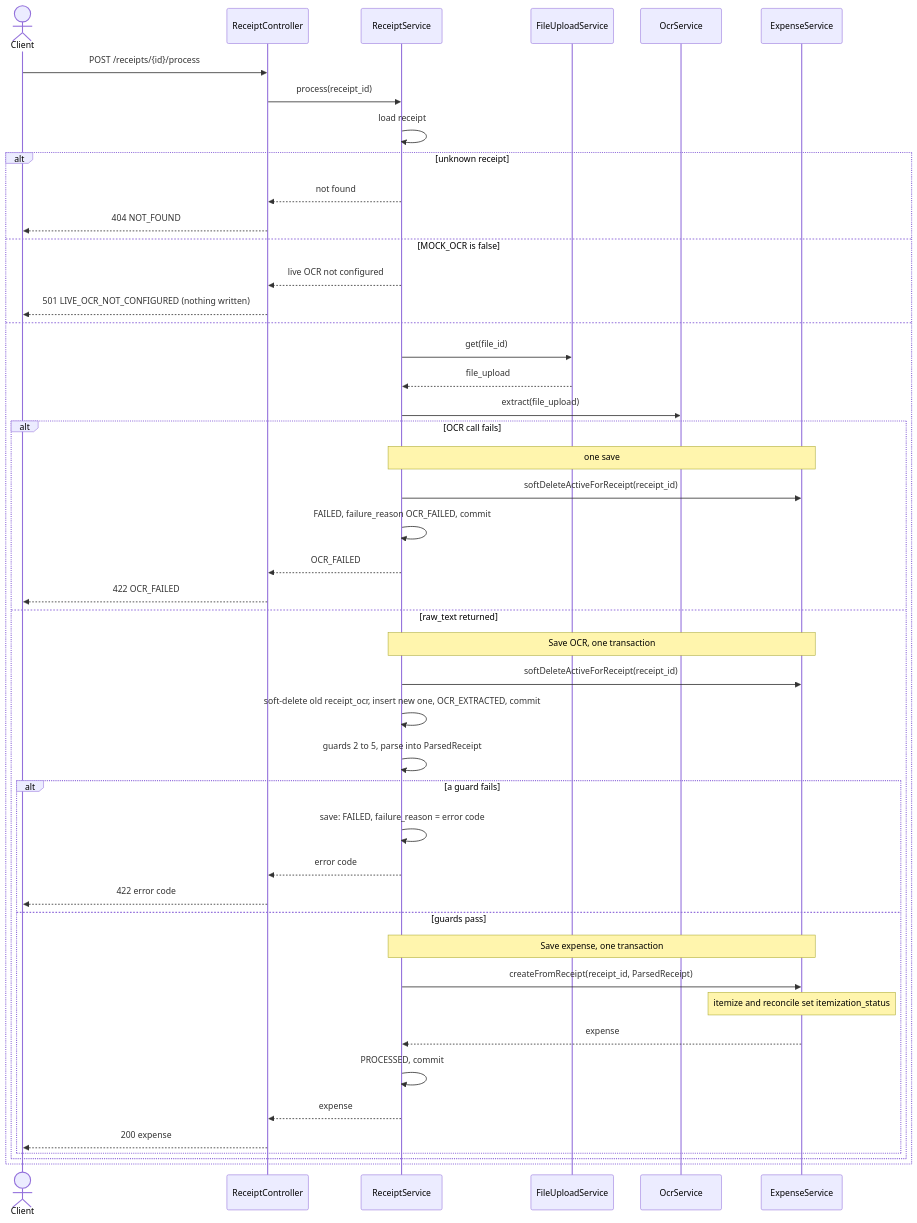
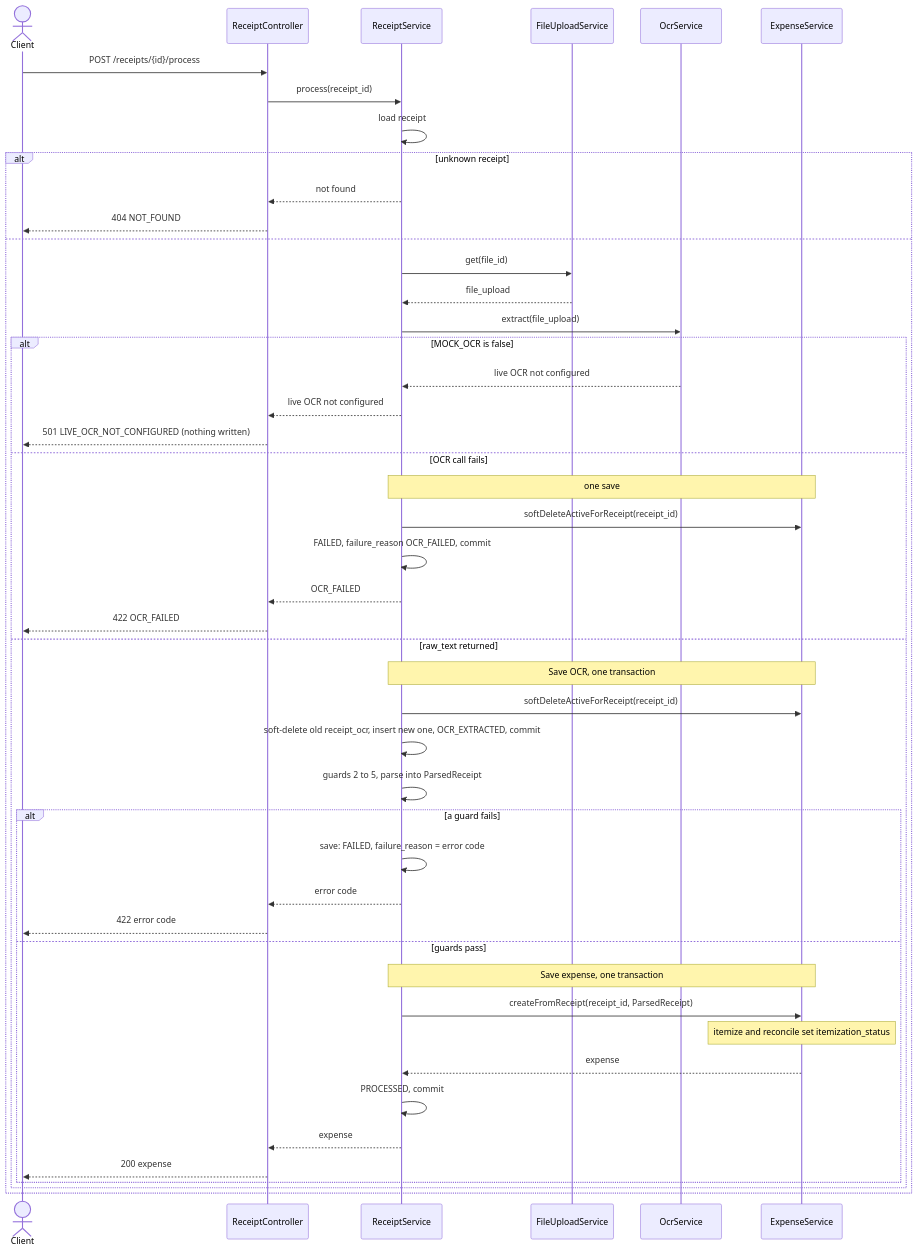
The fourth of 10 diagrams in ARCHITECTURE.md (Sathwik98/auto-itemizer), drawn with Mermaid before and after one commit. The commit also changed other lines of this file and 17 other files, not shown here.

````diff
--- a/ARCHITECTURE.md
+++ b/ARCHITECTURE.md
@@ -247,48 +249,49 @@
 ```mermaid
 sequenceDiagram
     actor C as Client
     participant RC as ReceiptController
     participant RS as ReceiptService
     participant FUS as FileUploadService
     participant OS as OcrService
     participant ES as ExpenseService
     C->>RC: POST /receipts/{id}/process
     RC->>RS: process(receipt_id)
     RS->>RS: load receipt
     alt unknown receipt
         RS-->>RC: not found
         RC-->>C: 404 NOT_FOUND
-    else MOCK_OCR is false
-        RS-->>RC: live OCR not configured
-        RC-->>C: 501 LIVE_OCR_NOT_CONFIGURED (nothing written)
     else
         RS->>FUS: get(file_id)
         FUS-->>RS: file_upload
         RS->>OS: extract(file_upload)
-        alt OCR call fails
+        alt MOCK_OCR is false
+            OS-->>RS: live OCR not configured
+            RS-->>RC: live OCR not configured
+            RC-->>C: 501 LIVE_OCR_NOT_CONFIGURED (nothing written)
+        else OCR call fails
             Note over RS,ES: one save
             RS->>ES: softDeleteActiveForReceipt(receipt_id)
             RS->>RS: FAILED, failure_reason OCR_FAILED, commit
             RS-->>RC: OCR_FAILED
             RC-->>C: 422 OCR_FAILED
         else raw_text returned
             Note over RS,ES: Save OCR, one transaction
             RS->>ES: softDeleteActiveForReceipt(receipt_id)
             RS->>RS: soft-delete old receipt_ocr, insert new one, OCR_EXTRACTED, commit
             RS->>RS: guards 2 to 5, parse into ParsedReceipt
             alt a guard fails
                 RS->>RS: save: FAILED, failure_reason = error code
                 RS-->>RC: error code
                 RC-->>C: 422 error code
             else guards pass
                 Note over RS,ES: Save expense, one transaction
                 RS->>ES: createFromReceipt(receipt_id, ParsedReceipt)
                 Note over ES: itemize and reconcile set itemization_status
                 ES-->>RS: expense
                 RS->>RS: PROCESSED, commit
                 RS-->>RC: expense
                 RC-->>C: 200 expense
             end
         end
     end
 ```
````
